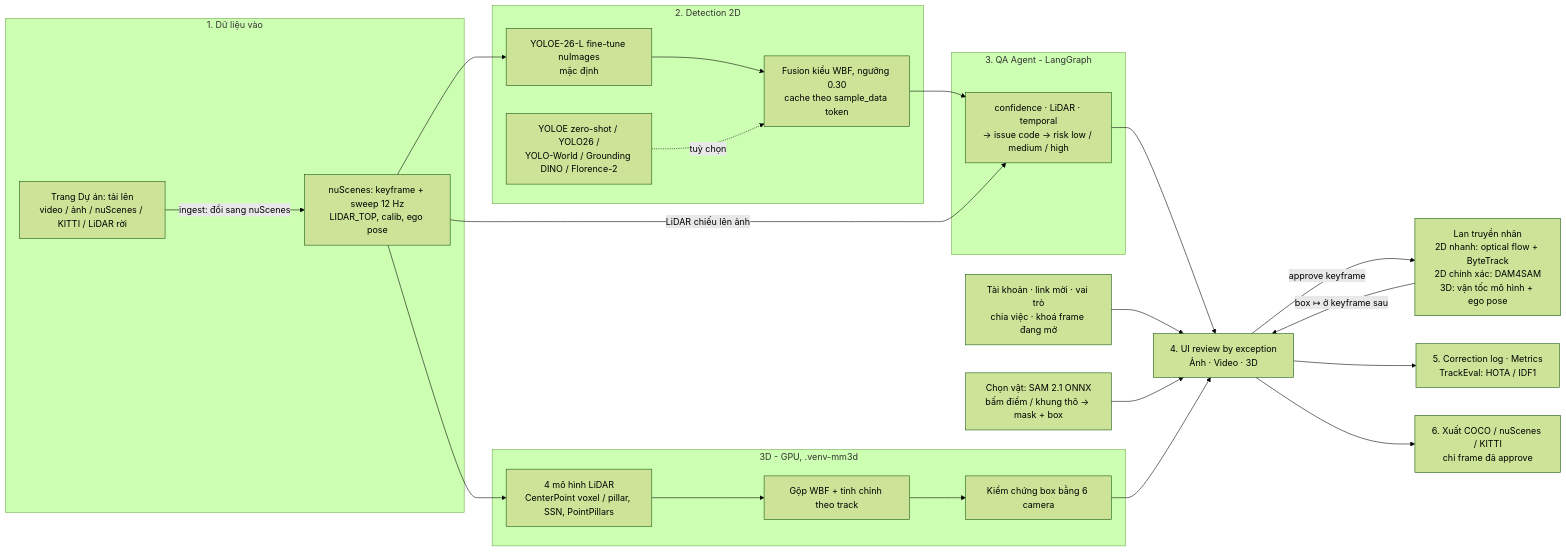
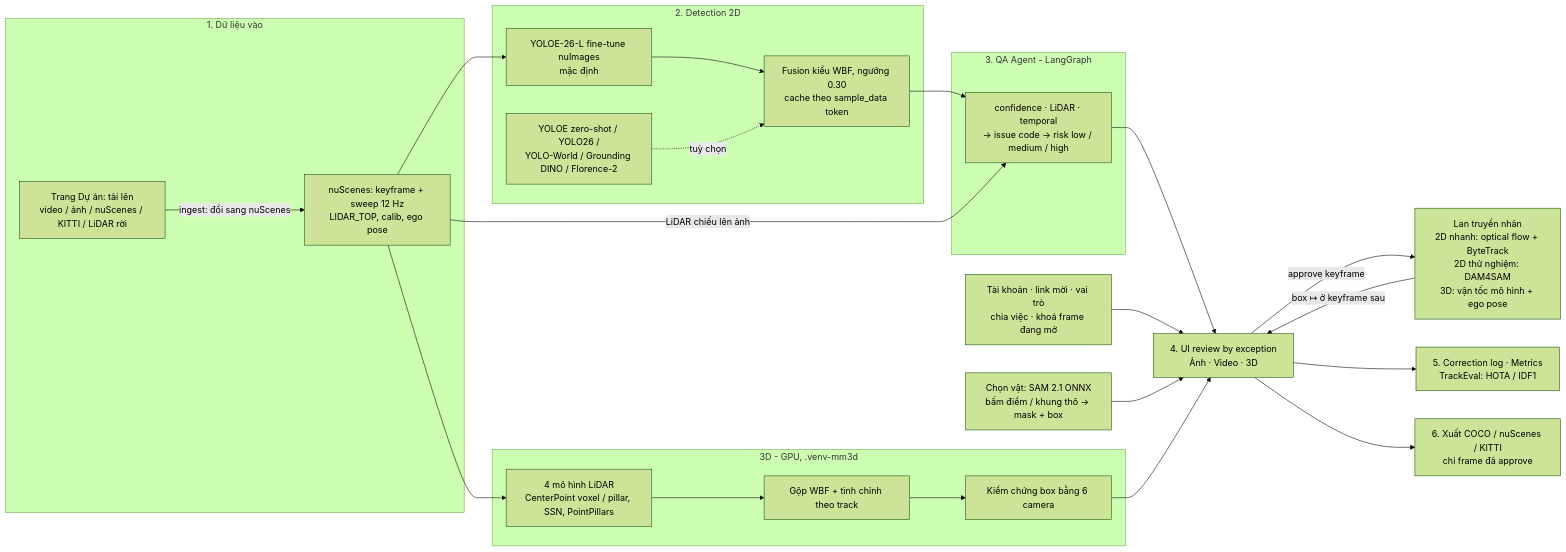
Before and after one commit to vietvuivui/P-130-demo: the first of 3 diagrams in docs/architecture_diagram.md, drawn with Mermaid (forest theme). The commit also changed other lines of this file and 8 other files, not shown here.

First line of the commit message:
docs(tracking): kết quả TrackEval 6 cấu hình trên 3 scene dev; luồng DAM4SAM trên UI ghi là thử nghiệm

````diff
--- a/docs/architecture_diagram.md
+++ b/docs/architecture_diagram.md
@@ -7,36 +7,36 @@
 ```mermaid
 graph LR
     subgraph IN[1. Dữ liệu vào]
         P[Trang Dự án: tải lên<br/>video / ảnh / nuScenes / KITTI / LiDAR rời]
         N[nuScenes: keyframe + sweep 12 Hz<br/>LIDAR_TOP, calib, ego pose]
         P -->|ingest: đổi sang nuScenes| N
     end
     subgraph DET[2. Detection 2D]
         YE[YOLOE-26-L fine-tune nuImages<br/>mặc định]
         ALT[YOLOE zero-shot / YOLO26 /<br/>YOLO-World / Grounding DINO / Florence-2]
         FU[Fusion kiểu WBF, ngưỡng 0.30<br/>cache theo sample_data token]
         YE --> FU
         ALT -. tuỳ chọn .-> FU
     end
     subgraph QA[3. QA Agent - LangGraph]
         Q[confidence · LiDAR · temporal<br/>→ issue code → risk low / medium / high]
     end
     subgraph D3[3D - GPU, .venv-mm3d]
         M4[4 mô hình LiDAR<br/>CenterPoint voxel / pillar, SSN, PointPillars]
         EN[Gộp WBF + tinh chỉnh theo track]
         VF[Kiểm chứng box bằng 6 camera]
         M4 --> EN --> VF
     end
     N --> YE
     N --> M4
     FU --> Q
     N -->|LiDAR chiếu lên ảnh| Q
     Q --> UI[4. UI review by exception<br/>Ảnh · Video · 3D]
     US[Tài khoản · link mời · vai trò<br/>chia việc · khoá frame đang mở] --> UI
     SG[Chọn vật: SAM 2.1 ONNX<br/>bấm điểm / khung thô → mask + box] --> UI
     VF --> UI
-    UI -->|approve keyframe| PR[Lan truyền nhãn<br/>2D nhanh: optical flow + ByteTrack<br/>2D chính xác: DAM4SAM<br/>3D: vận tốc mô hình + ego pose]
+    UI -->|approve keyframe| PR[Lan truyền nhãn<br/>2D nhanh: optical flow + ByteTrack<br/>2D thử nghiệm: DAM4SAM<br/>3D: vận tốc mô hình + ego pose]
     PR -->|box ↦ ở keyframe sau| UI
     UI --> LOG[5. Correction log · Metrics<br/>TrackEval: HOTA / IDF1]
     UI --> DS[6. Xuất COCO / nuScenes / KITTI<br/>chỉ frame đã approve]
 ```
````
